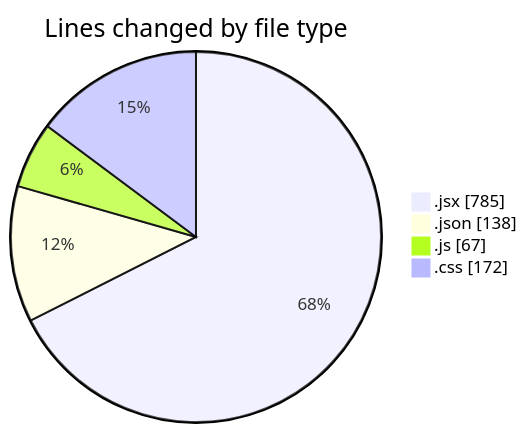
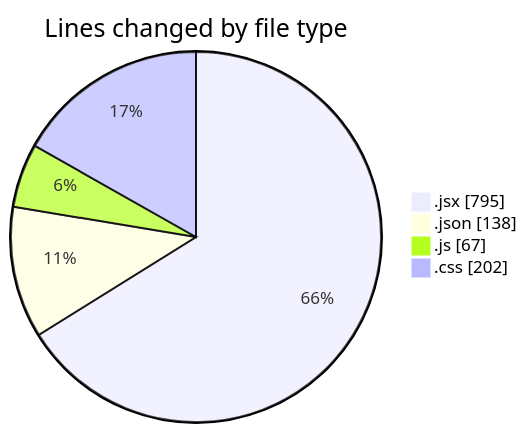
One commit to BS-eng2023/code-tracking changed the first of 2 diagrams in 2025-05-04/project/README.md. Above: the diagram before and after it, drawn with Mermaid. The commit also changed other lines of this file and 1 other file, not shown here.

````diff
--- a/2025-05-04/project/README.md
+++ b/2025-05-04/project/README.md
@@ -35,8 +35,8 @@
 ```mermaid
 pie showData
 title Lines changed by file type
-".jsx" : 785
+".jsx" : 795
 ".json" : 138
 ".js" : 67
-".css" : 172
+".css" : 202
 ```
````
